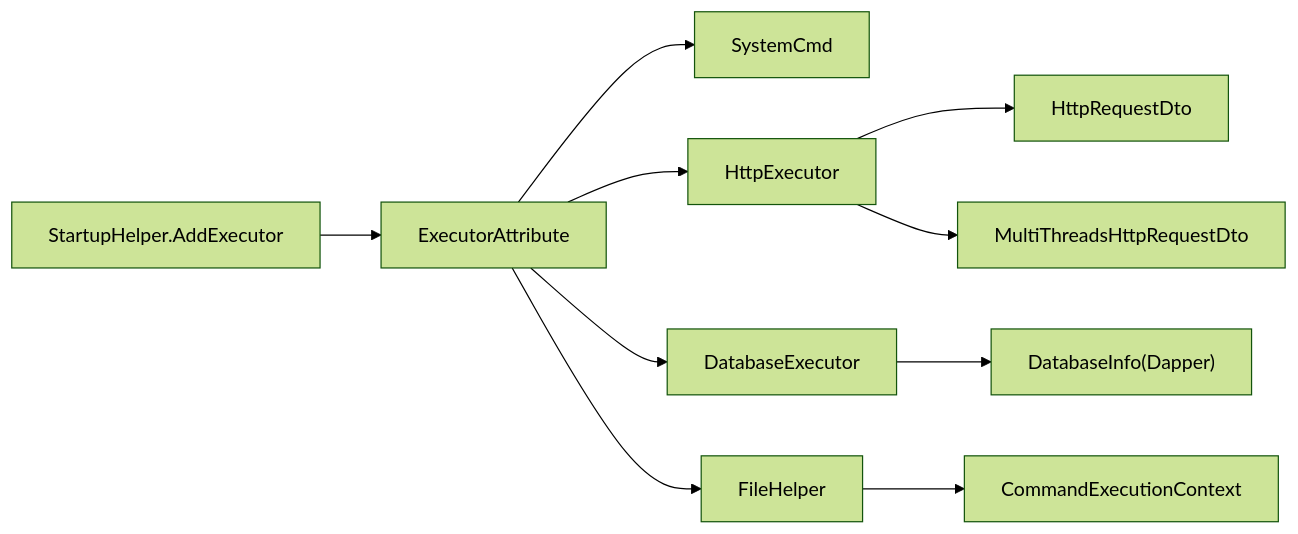
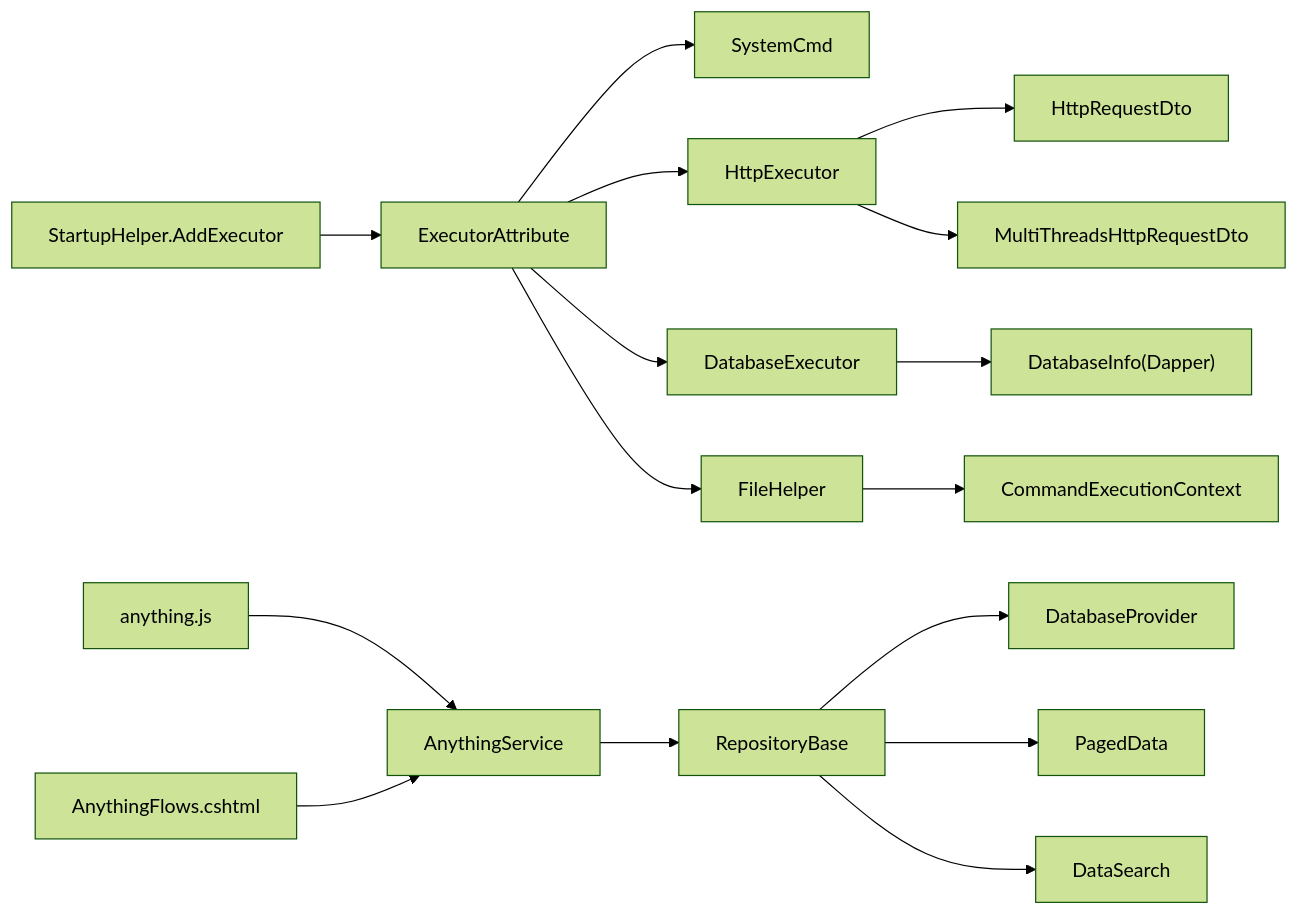
One commit to Sosososolong/AirGo changed diagram 12 of 12 in .qoder/repowiki/zh/content/远程主机管理模块/命令执行器系统.md. Above: the diagram before and after it, drawn with Mermaid (forest theme). The commit also changed other lines of this file and 9 other files, not shown here.

````diff
--- a/.qoder/repowiki/zh/content/远程主机管理模块/命令执行器系统.md
+++ b/.qoder/repowiki/zh/content/远程主机管理模块/命令执行器系统.md
@@ -508,12 +699,18 @@
 ```mermaid
 graph LR
 SH["StartupHelper.AddExecutor"] --> EXA["ExecutorAttribute"]
 EXA --> SYS["SystemCmd"]
 EXA --> HTTP["HttpExecutor"]
 EXA --> DBE["DatabaseExecutor"]
 EXA --> FHE["FileHelper"]
 FHE --> CEC["CommandExecutionContext"]
 HTTP --> HREQ["HttpRequestDto"]
 HTTP --> MREQ["MultiThreadsHttpRequestDto"]
 DBE --> DBI["DatabaseInfo(Dapper)"]
+RB["RepositoryBase"] --> DP["DatabaseProvider"]
+RB --> PD["PagedData"]
+RB --> DS["DataSearch"]
+AS["AnythingService"] --> RB
+AJ["anything.js"] --> AS
+AF["AnythingFlows.cshtml"] --> AS
 ```
````
